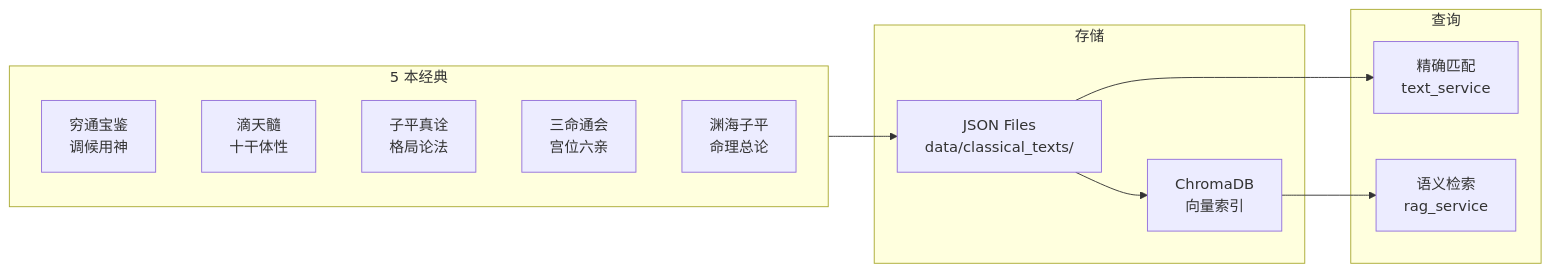
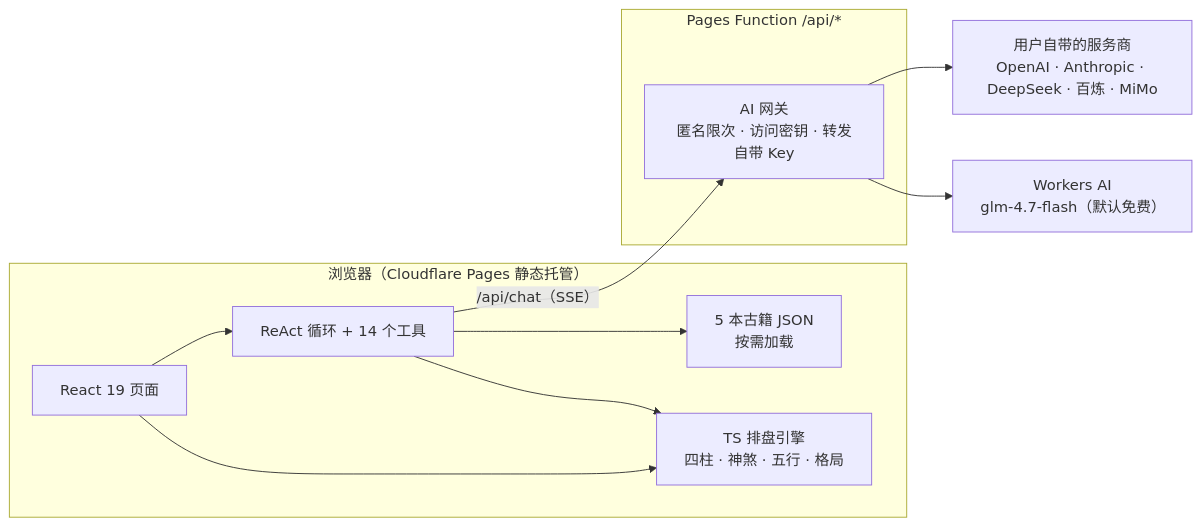
Before and after one commit to gaaiyun/FOR-BAZI: the diagram in README.md, drawn with Mermaid. The commit also changed other lines of this file and 4 other files, not shown here.

````diff
--- a/README.md
+++ b/README.md
@@ -300,25 +50,21 @@
 ```mermaid
 graph LR
-    subgraph Sources["5 本经典"]
-        Q["穷通宝鉴<br/>调候用神"]
-        D["滴天髓<br/>十干体性"]
-        Z["子平真诠<br/>格局论法"]
-        S["三命通会<br/>宫位六亲"]
-        Y["渊海子平<br/>命理总论"]
+    subgraph Browser["浏览器（Cloudflare Pages 静态托管）"]
+        UI["React 19 页面"]
+        Engine["TS 排盘引擎<br/>四柱 · 神煞 · 五行 · 格局"]
+        Agent["ReAct 循环 + 14 个工具"]
+        Classics["5 本古籍 JSON<br/>按需加载"]
+        UI --> Engine
+        UI --> Agent
+        Agent --> Engine
+        Agent --> Classics
     end
 
-    subgraph Storage["存储"]
-        JSON["JSON Files<br/>data/classical_texts/"]
-        Chroma["ChromaDB<br/>向量索引"]
+    subgraph Gateway["Pages Function /api/*"]
+        GW["AI 网关<br/>匿名限次 · 访问密钥 · 转发自带 Key"]
     end
 
-    subgraph Query["查询"]
-        Exact["精确匹配<br/>text_service"]
-        Semantic["语义检索<br/>rag_service"]
-    end
-
-    Sources --> JSON
-    JSON --> Chroma
-    JSON --> Exact
-    Chroma --> Semantic
+    Agent -->|"/api/chat（SSE）"| GW
+    GW --> WAI["Workers AI<br/>glm-4.7-flash（默认免费）"]
+    GW --> BYO["用户自带的服务商<br/>OpenAI · Anthropic · DeepSeek · 百炼 · MiMo"]
 ```
````
